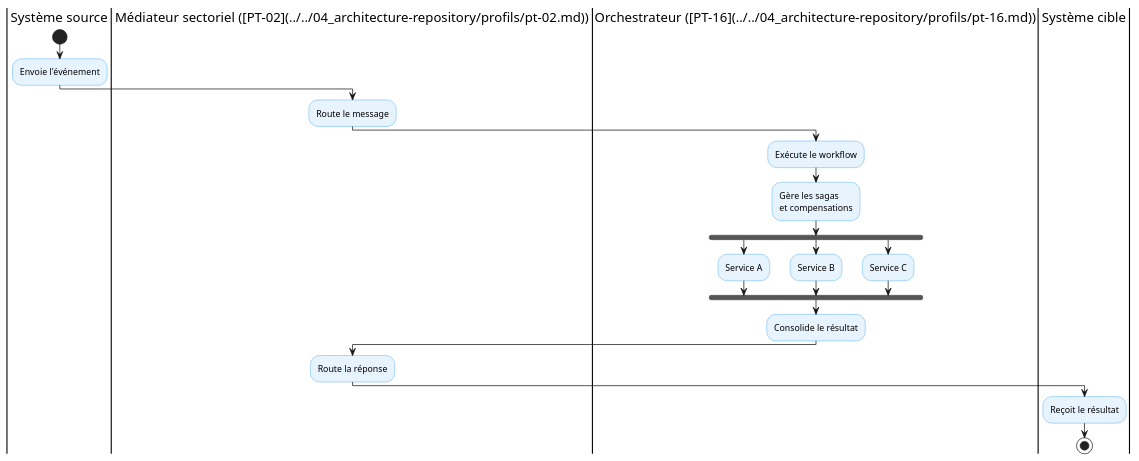
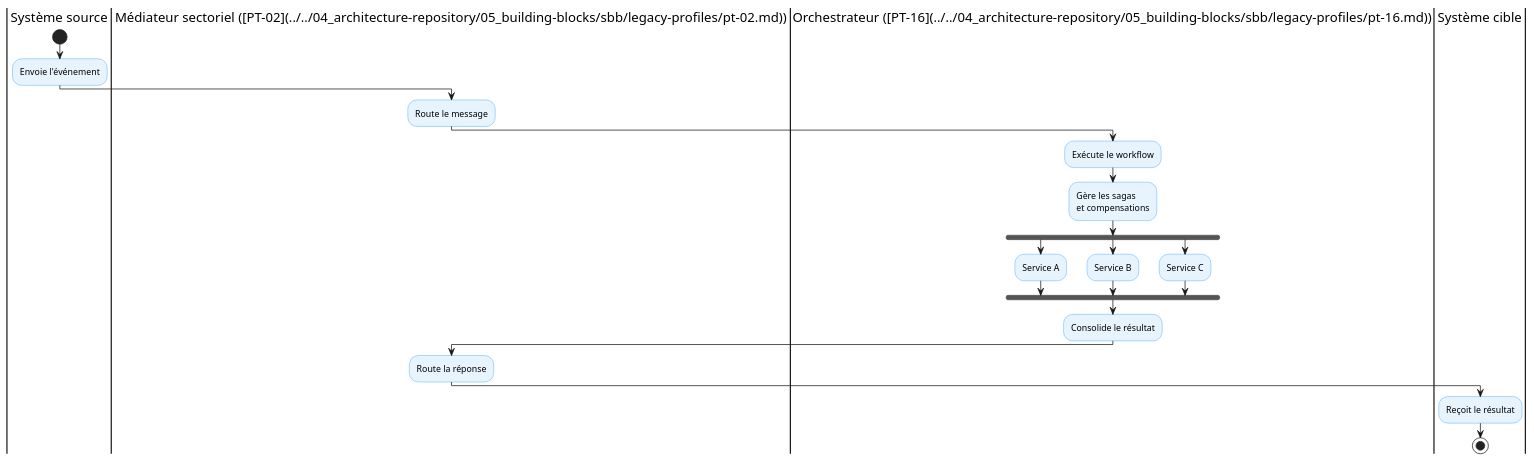
One commit to Data-Fi-Madagascar/health-enterprise-architecture changed the diagram in 03_ptisn/03_profils/pt-16-orchestration-processus.md. Above: the diagram before and after it, drawn with PlantUML. The commit also changed other lines of this file and 893 other files, not shown here.

Commit message:
refactor: align architecture repository folders with TOGAF

````diff
--- a/03_ptisn/03_profils/pt-16-orchestration-processus.md
+++ b/03_ptisn/03_profils/pt-16-orchestration-processus.md
@@ -113,39 +113,39 @@
 ```plantuml
 @startuml
 skinparam activity {
   BackgroundColor #E8F4FD
   BorderColor #2196F3
 }
 
 |Système source|
 start
 :Envoie l'événement;
 
-|Médiateur sectoriel ([PT-02](../../04_architecture-repository/profils/pt-02.md))|
+|Médiateur sectoriel ([PT-02](../../04_architecture-repository/05_building-blocks/sbb/legacy-profiles/pt-02.md))|
 :Route le message;
 
-|Orchestrateur ([PT-16](../../04_architecture-repository/profils/pt-16.md))|
+|Orchestrateur ([PT-16](../../04_architecture-repository/05_building-blocks/sbb/legacy-profiles/pt-16.md))|
 :Exécute le workflow;
 :Gère les sagas
 et compensations;
 
 fork
   :Service A;
 fork again
   :Service B;
 fork again
   :Service C;
 end fork
 
 :Consolide le résultat;
 
-|Médiateur sectoriel ([PT-02](../../04_architecture-repository/profils/pt-02.md))|
+|Médiateur sectoriel ([PT-02](../../04_architecture-repository/05_building-blocks/sbb/legacy-profiles/pt-02.md))|
 :Route la réponse;
 
 |Système cible|
 :Reçoit le résultat;
 
 stop
 
 @enduml
 ```
````
